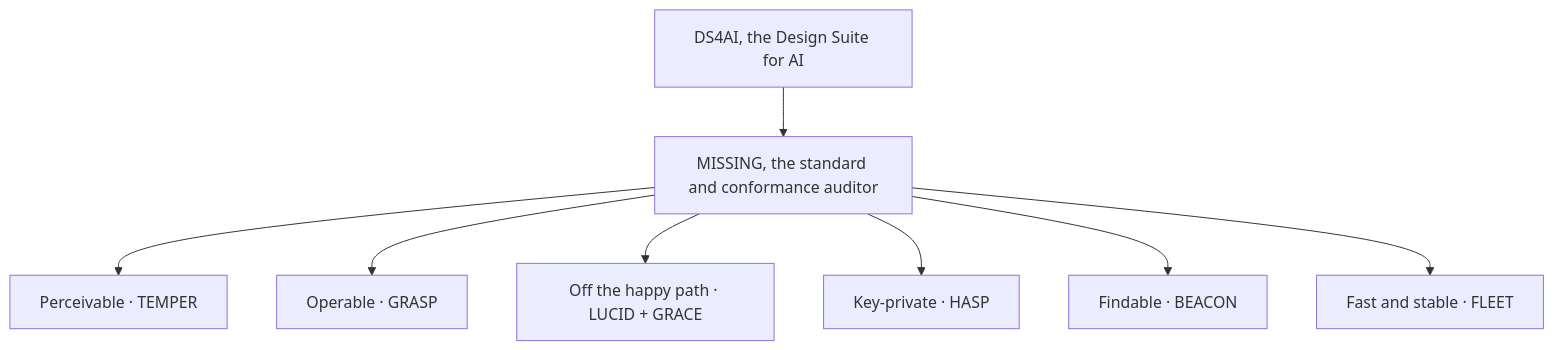
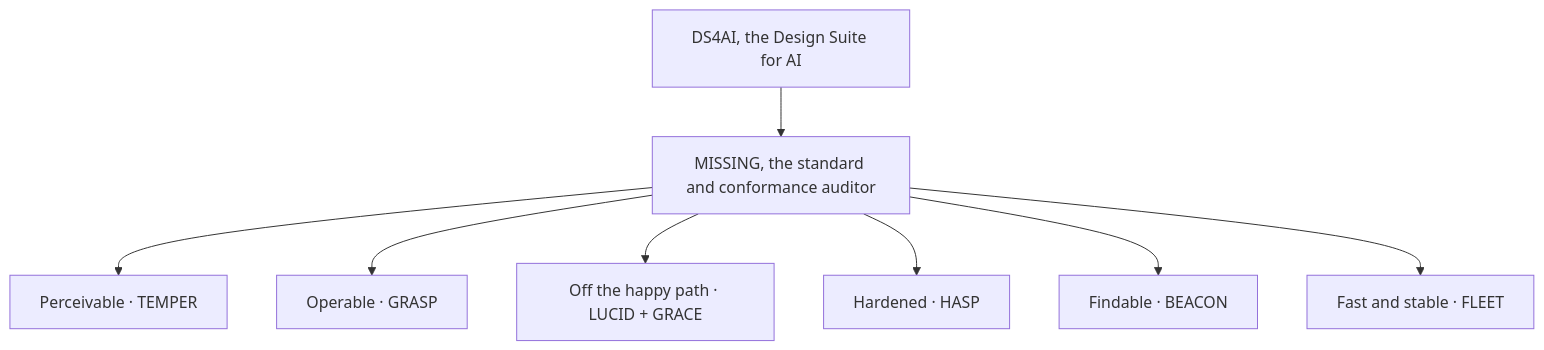
One commit to Polymathie-Studio/missing changed the diagram in README.md. Above: the diagram before and after it, drawn with Mermaid. The commit also changed 5 other files, not shown here.

First line of the commit message:
Build the client-surface hardening auditor (hardened.js) with tests; rename axis 4 Key-private to Hardened across the standard, manifest, and conformance auditor

````diff
--- a/README.md
+++ b/README.md
@@ -7,11 +7,11 @@
 ```mermaid
 flowchart TB
   DS["DS4AI, the Design Suite for AI"]
   DS --> M["MISSING, the standard and conformance auditor"]
   M --> T["Perceivable · TEMPER"]
   M --> G["Operable · GRASP"]
   M --> LG["Off the happy path · LUCID + GRACE"]
-  M --> H["Key-private · HASP"]
+  M --> H["Hardened · HASP"]
   M --> B["Findable · BEACON"]
   M --> F["Fast and stable · FLEET"]
 ```
````
